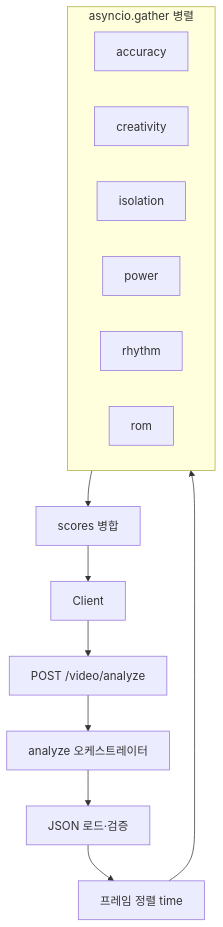
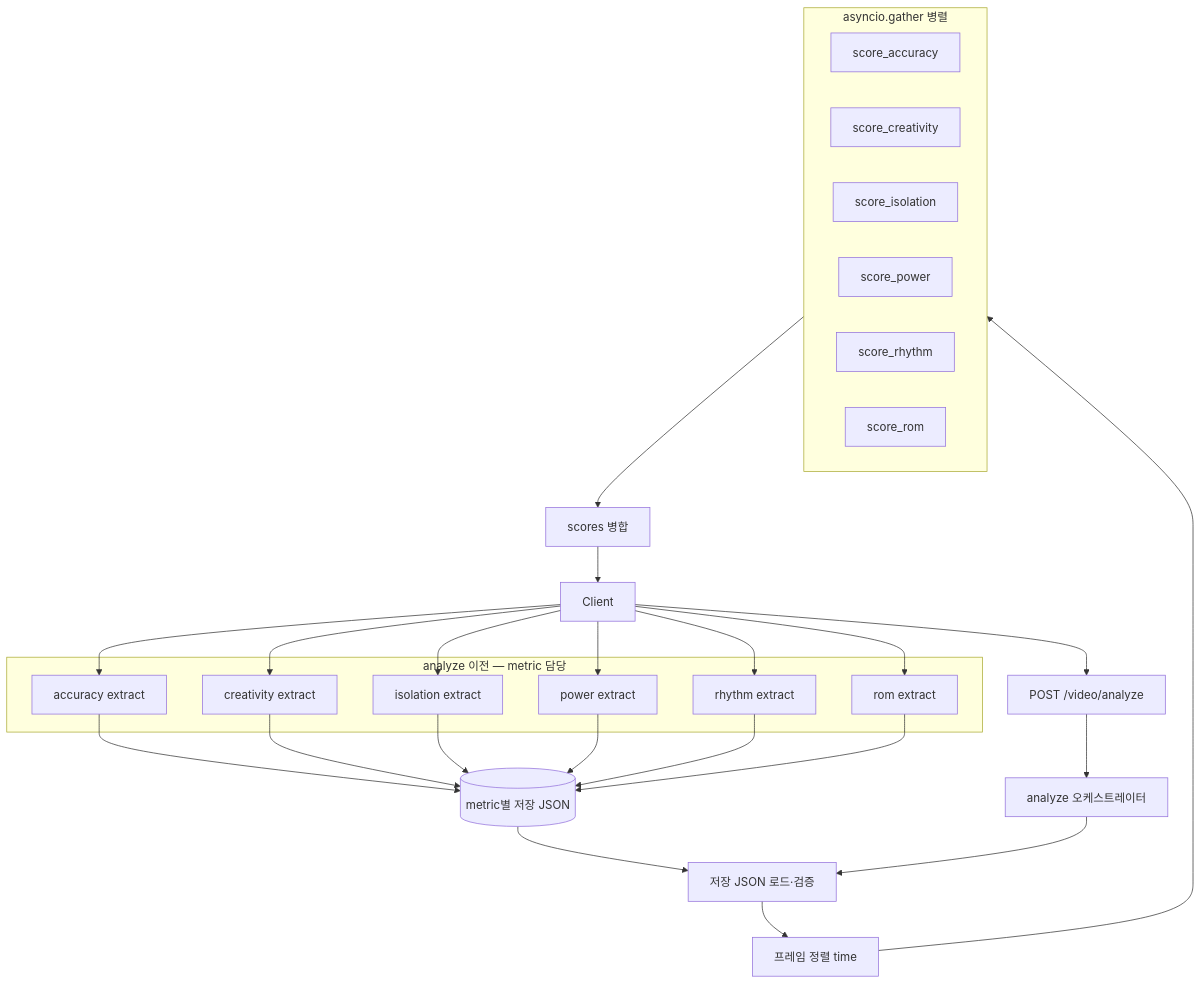
One commit to Hi-Six/FOM changed the first of 2 diagrams in backend1/metrics/docs/ARCHITECTURE.md. Above: the diagram before and after it, drawn with Mermaid. The commit also changed other lines of this file and 1 other file, not shown here.

````diff
--- a/backend1/metrics/docs/ARCHITECTURE.md
+++ b/backend1/metrics/docs/ARCHITECTURE.md
@@ -70,22 +175,67 @@
 ```mermaid
+
 flowchart TB
+
   Client[Client]
+
+  subgraph pre [analyze 이전 — metric 담당]
+
+    E1[accuracy extract]
+
+    E2[creativity extract]
+
+    E3[isolation extract]
+
+    E4[power extract]
+
+    E5[rhythm extract]
+
+    E6[rom extract]
+
+  end
+
+  Store[(metric별 저장 JSON)]
+
   Analyze["POST /video/analyze"]
+
   Orch[analyze 오케스트레이터]
-  Load[JSON 로드·검증]
+
+  Load[저장 JSON 로드·검증]
+
   Align[프레임 정렬 time]
+
   subgraph parallel [asyncio.gather 병렬]
-    A[accuracy]
-    C[creativity]
-    I[isolation]
-    P[power]
-    R[rhythm]
-    ROM[rom]
+
+    A[score_accuracy]
+
+    C[score_creativity]
+
+    I[score_isolation]
+
+    P[score_power]
+
+    R[score_rhythm]
+
+    ROM[score_rom]
+
   end
+
   Merge[scores 병합]
 
+
+
+  Client --> E1 & E2 & E3 & E4 & E5 & E6
+
+  E1 & E2 & E3 & E4 & E5 & E6 --> Store
+
   Client --> Analyze --> Orch
+
+  Store --> Load
+
   Orch --> Load --> Align
+
   Align --> parallel
+
   parallel --> Merge --> Client
+
 ```
````
